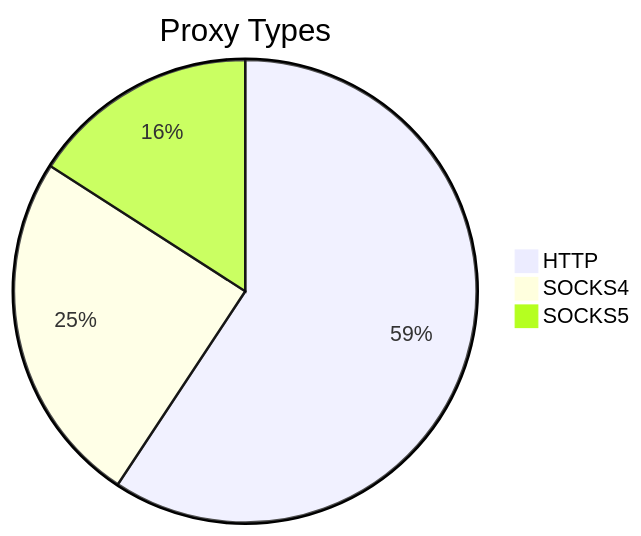
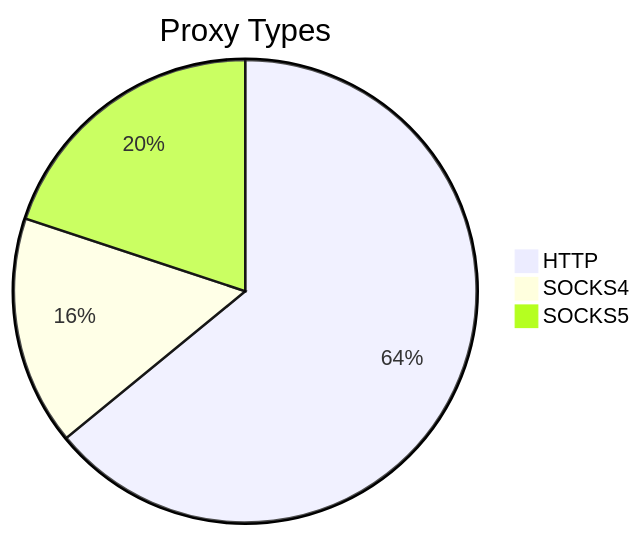
The first of 2 diagrams in README.md (stormsia/proxy-list), drawn with Mermaid before and after one commit. The commit also changed other lines of this file, not shown here.

````diff
--- a/README.md
+++ b/README.md
@@ -21,6 +21,6 @@
 ```mermaid
 pie title Proxy Types
-    "HTTP" : 313
-    "SOCKS4" : 131
-    "SOCKS5" : 84
+    "HTTP" : 148
+    "SOCKS4" : 37
+    "SOCKS5" : 46
 ```
````
